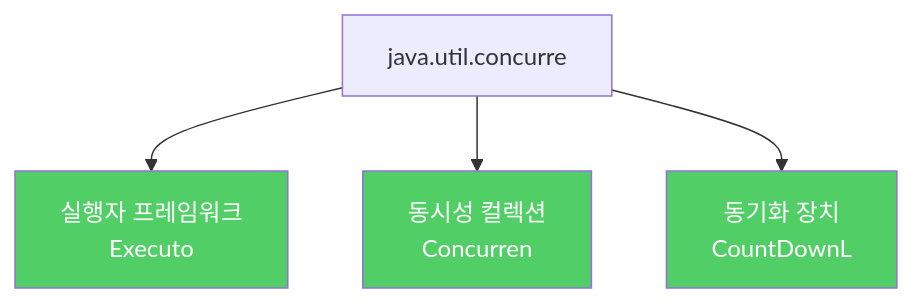
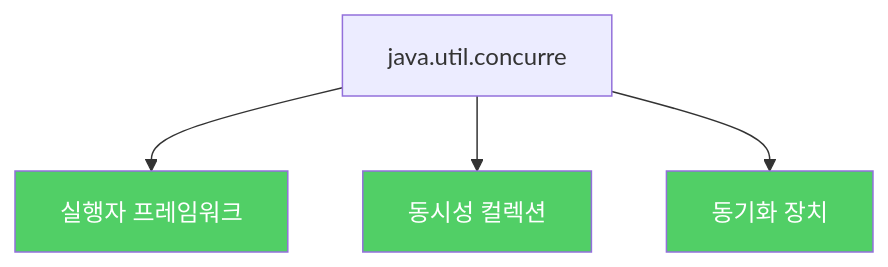
One commit to yjkim2015/yjkim2015.github.io changed the diagram in _posts/java/2022-03-06-effective-java81.md. Above: the diagram before and after it, drawn with Mermaid. The commit also changed 217 other files, not shown here.

First line of the commit message:
Mermaid 크기 수정: useMaxWidth:true + SVG max-width:100% + 라벨 축소

````diff
--- a/_posts/java/2022-03-06-effective-java81.md
+++ b/_posts/java/2022-03-06-effective-java81.md
@@ -18,9 +18,9 @@
 ```mermaid
 graph TD
-    A["java.util.concurre"] --> B["실행자 프레임워크\nExecuto"]
-    A --> C["동시성 컬렉션\nConcurren"]
-    A --> D["동기화 장치\nCountDownL"]
+    A["java.util.concurre"] --> B["실행자 프레임워크"]
+    A --> C["동시성 컬렉션"]
+    A --> D["동기화 장치"]
     style B fill:#51cf66,color:#fff
     style C fill:#51cf66,color:#fff
     style D fill:#51cf66,color:#fff
 ```
````
